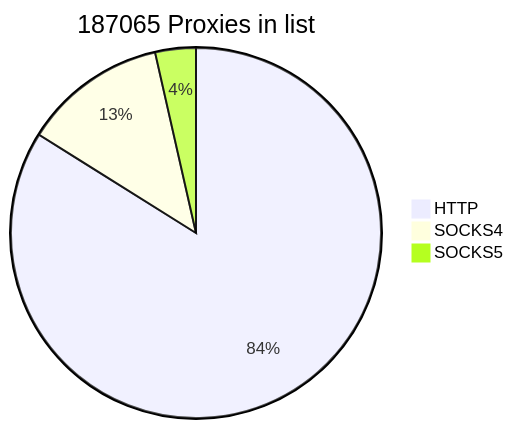
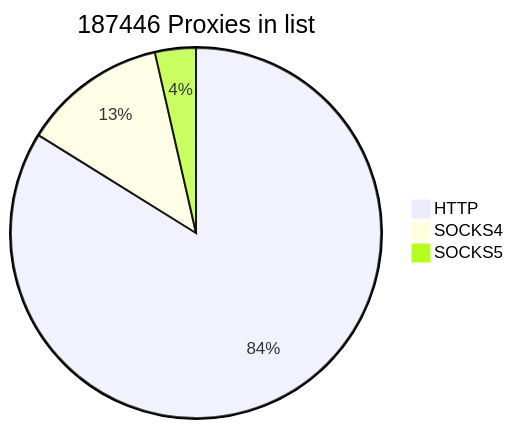
One commit to cutipu/proxylist changed the first of 2 diagrams in README.md. Above: the diagram before and after it, drawn with Mermaid. The commit also changed other lines of this file, not shown here.

````diff
--- a/README.md
+++ b/README.md
@@ -2,7 +2,7 @@
 ```mermaid
-pie title 187065 Proxies in list
-    "HTTP" : 156962
-    "SOCKS4" : 23465
-    "SOCKS5" : 6638
+pie title 187446 Proxies in list
+    "HTTP" : 157181
+    "SOCKS4" : 23581
+    "SOCKS5" : 6684
             
 ```
````
